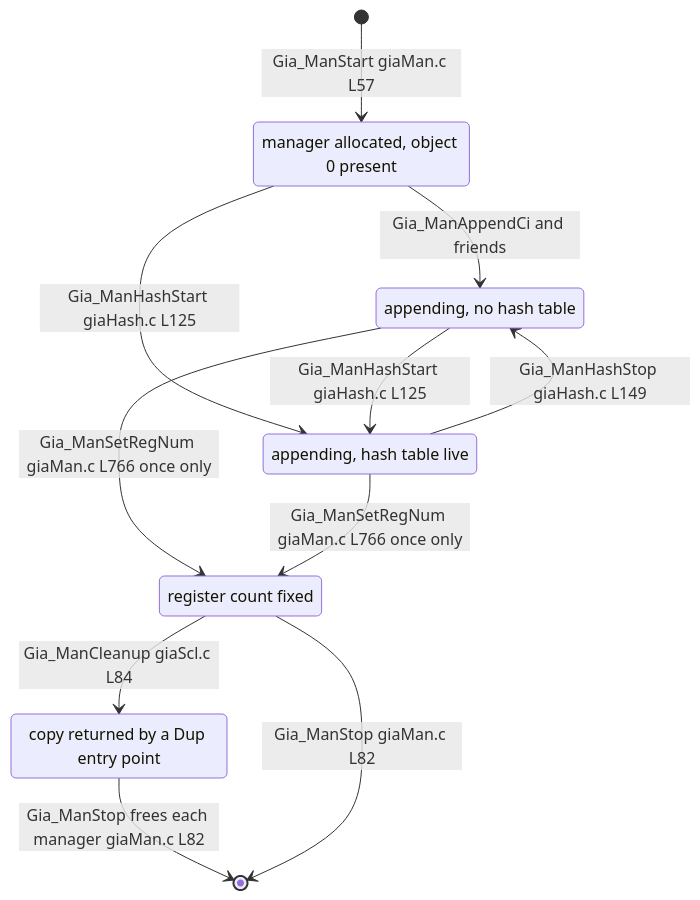
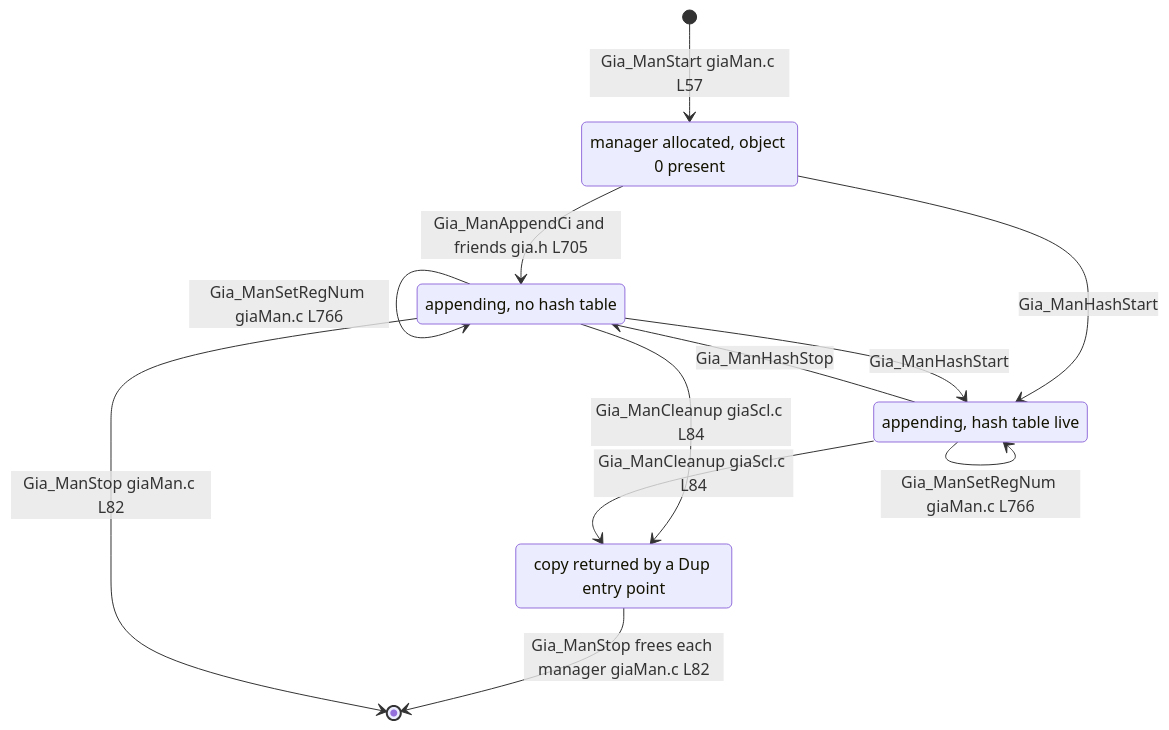
Before and after one commit to blitzy-research/abc: the tenth of 10 diagrams in src/aig/gia/README.md, drawn with Mermaid. The commit also changed other lines of this file and 1 other file, not shown here.

First line of the commit message:
docs(gia): tighten the accuracy and completeness of the GIA package docs

````diff
--- a/src/aig/gia/README.md
+++ b/src/aig/gia/README.md
@@ -878,18 +1120,18 @@
 ```mermaid
 stateDiagram-v2
     state "manager allocated, object 0 present" as Empty
     state "appending, no hash table" as Building
     state "appending, hash table live" as Hashed
-    state "register count fixed" as Sealed
     state "copy returned by a Dup entry point" as Copied
     [*] --> Empty : Gia_ManStart giaMan.c L57
-    Empty --> Building : Gia_ManAppendCi and friends
-    Empty --> Hashed : Gia_ManHashStart giaHash.c L125
-    Building --> Hashed : Gia_ManHashStart giaHash.c L125
-    Hashed --> Building : Gia_ManHashStop giaHash.c L149
-    Building --> Sealed : Gia_ManSetRegNum giaMan.c L766 once only
-    Hashed --> Sealed : Gia_ManSetRegNum giaMan.c L766 once only
-    Sealed --> Copied : Gia_ManCleanup giaScl.c L84
+    Empty --> Building : Gia_ManAppendCi and friends gia.h L705
+    Empty --> Hashed : Gia_ManHashStart
+    Building --> Hashed : Gia_ManHashStart
+    Hashed --> Building : Gia_ManHashStop
+    Building --> Building : Gia_ManSetRegNum giaMan.c L766
+    Hashed --> Hashed : Gia_ManSetRegNum giaMan.c L766
+    Building --> Copied : Gia_ManCleanup giaScl.c L84
+    Hashed --> Copied : Gia_ManCleanup giaScl.c L84
     Copied --> [*] : Gia_ManStop frees each manager giaMan.c L82
-    Sealed --> [*] : Gia_ManStop giaMan.c L82
+    Building --> [*] : Gia_ManStop giaMan.c L82
 ```
````
